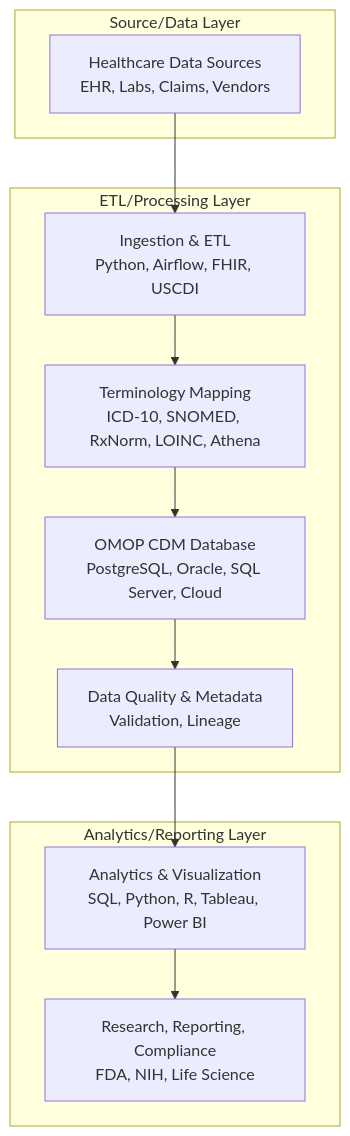
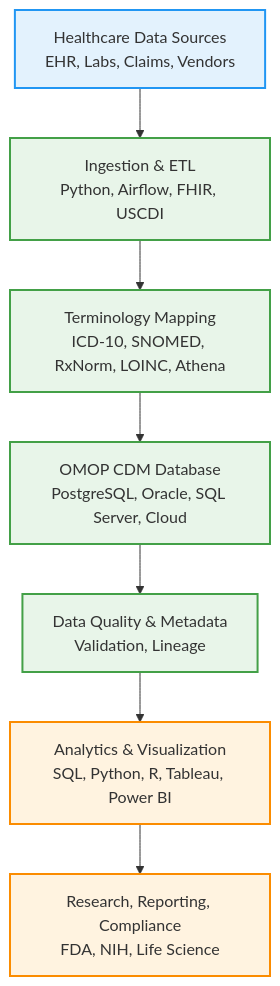
One commit to justin-mbca/omop-clinical-data-pipeline changed the diagram in docs/PROJECT_OVERVIEW.md. Above: the diagram before and after it, drawn with Mermaid. The commit also changed other lines of this file, not shown here.

Commit message:
Improve Data Workflow Diagram readability with multi-row layered layout and color coding

````diff
--- a/docs/PROJECT_OVERVIEW.md
+++ b/docs/PROJECT_OVERVIEW.md
@@ -17,24 +17,31 @@
 ```mermaid
 flowchart TD
-   %% Source/Data Layer
-   subgraph Source_Layer[Source/Data Layer]
-      S1[Healthcare Data Sources\nEHR, Labs, Claims, Vendors]
-   end
+   %% Source/Data Layer (Column 1)
+   S1[Healthcare Data Sources\nEHR, Labs, Claims, Vendors]
 
-   %% ETL/Processing Layer
-   subgraph ETL_Layer[ETL/Processing Layer]
-      E1[Ingestion & ETL\nPython, Airflow, FHIR, USCDI]
-      E2[Terminology Mapping\nICD-10, SNOMED, RxNorm, LOINC, Athena]
-      E3[OMOP CDM Database\nPostgreSQL, Oracle, SQL Server, Cloud]
-      E4[Data Quality & Metadata\nValidation, Lineage]
-   end
+   %% ETL/Processing Layer (Column 2)
+   E1[Ingestion & ETL\nPython, Airflow, FHIR, USCDI]
+   E2[Terminology Mapping\nICD-10, SNOMED, RxNorm, LOINC, Athena]
+   E3[OMOP CDM Database\nPostgreSQL, Oracle, SQL Server, Cloud]
+   E4[Data Quality & Metadata\nValidation, Lineage]
 
-   %% Analytics/Reporting Layer
-   subgraph Analytics_Layer[Analytics/Reporting Layer]
-      A1[Analytics & Visualization\nSQL, Python, R, Tableau, Power BI]
-      A2[Research, Reporting, Compliance\nFDA, NIH, Life Science]
-   end
+   %% Analytics/Reporting Layer (Column 3)
+   A1[Analytics & Visualization\nSQL, Python, R, Tableau, Power BI]
+   A2[Research, Reporting, Compliance\nFDA, NIH, Life Science]
 
-   %% Workflow connections
-   S1 --> E1 --> E2 --> E3 --> E4 --> A1 --> A2
+   %% Arrange as columns for readability
+   S1 --> E1
+   E1 --> E2
+   E2 --> E3
+   E3 --> E4
+   E4 --> A1
+   A1 --> A2
+
+   %% Grouping (visual only)
+   classDef source fill:#e3f2fd,stroke:#2196f3,stroke-width:2px;
+   classDef etl fill:#e8f5e9,stroke:#43a047,stroke-width:2px;
+   classDef analytics fill:#fff3e0,stroke:#fb8c00,stroke-width:2px;
+   class S1 source;
+   class E1,E2,E3,E4 etl;
+   class A1,A2 analytics;
 ```
````
